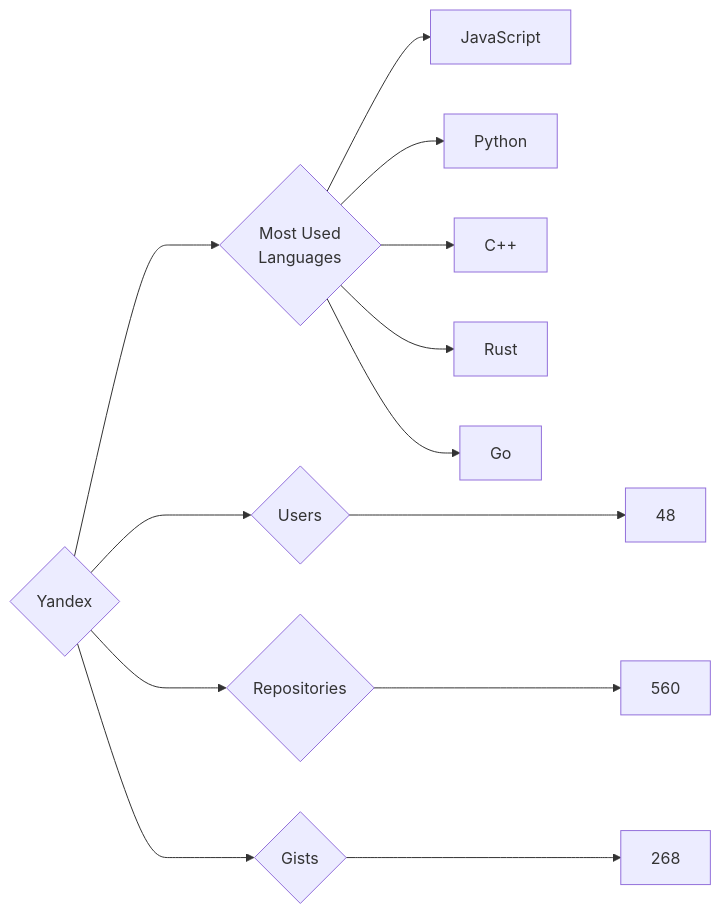
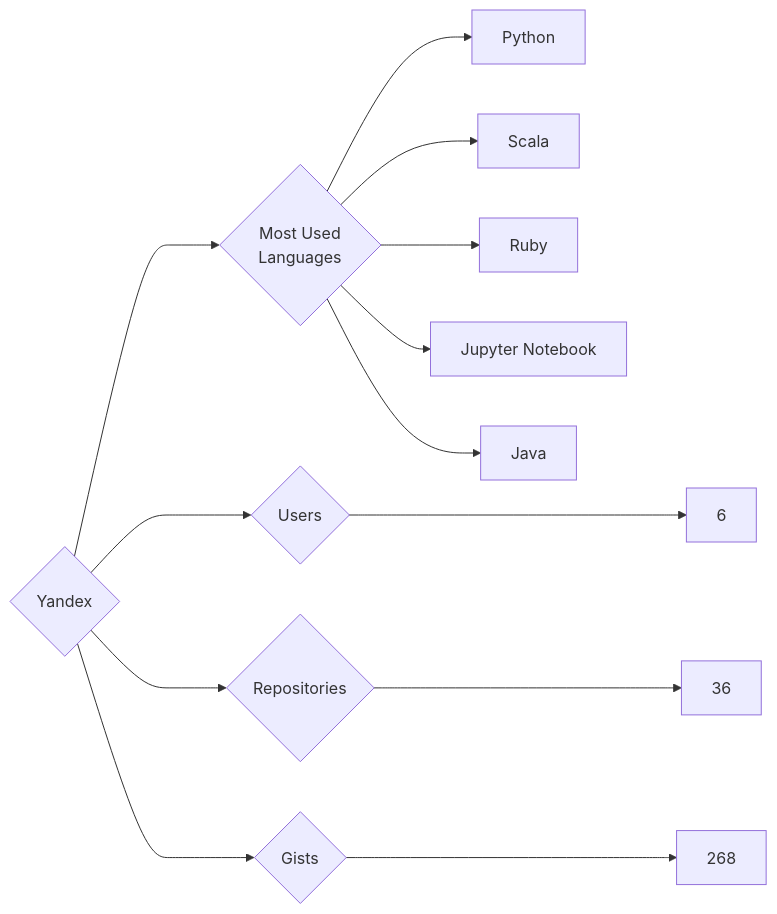
Before and after one commit to trickest/insiders: the diagram in targets/Yandex/README.md, drawn with Mermaid. The commit also changed 1496 other files, not shown here.

````diff
--- a/targets/Yandex/README.md
+++ b/targets/Yandex/README.md
@@ -3,13 +3,13 @@
 ```mermaid
 graph LR
 COMPANY_NAME{Yandex}
-COMPANY_NAME ---> U{Users} ---> UN[48]
-COMPANY_NAME ---> R{Repositories} ---> RN[560]
+COMPANY_NAME ---> U{Users} ---> UN[6]
+COMPANY_NAME ---> R{Repositories} ---> RN[36]
 COMPANY_NAME ---> G{Gists} ---> GN[268]
 COMPANY_NAME ---> ML{Most Used<br>Languages}
-ML --> JavaScript[JavaScript]
 ML --> Python[Python]
-ML --> C++[C++]
-ML --> Rust[Rust]
-ML --> Go[Go]
+ML --> Scala[Scala]
+ML --> Ruby[Ruby]
+ML --> Jupyter_Notebook[Jupyter Notebook]
+ML --> Java[Java]
 ```
````
